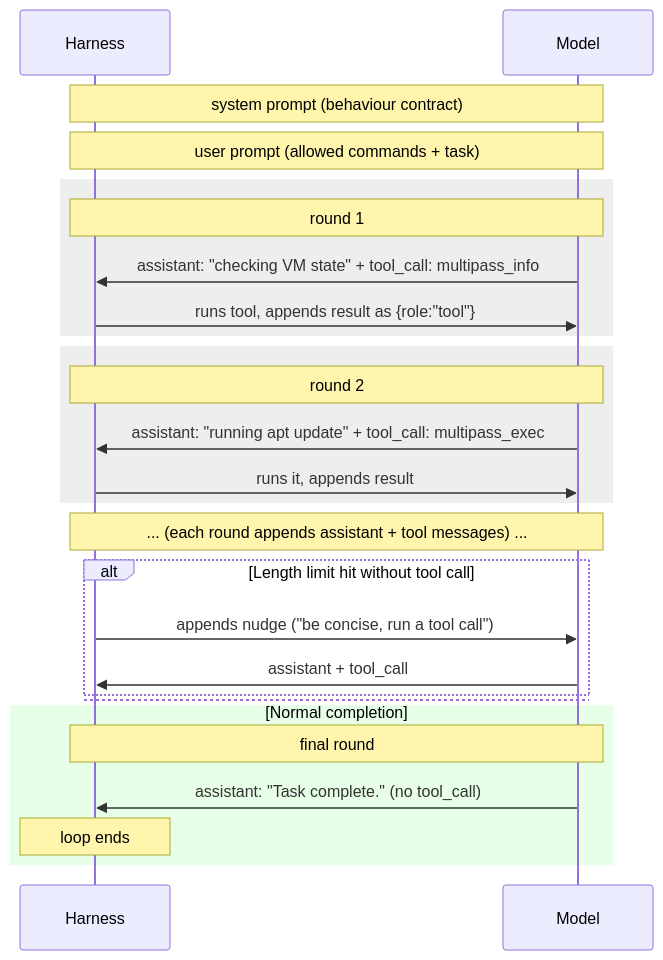
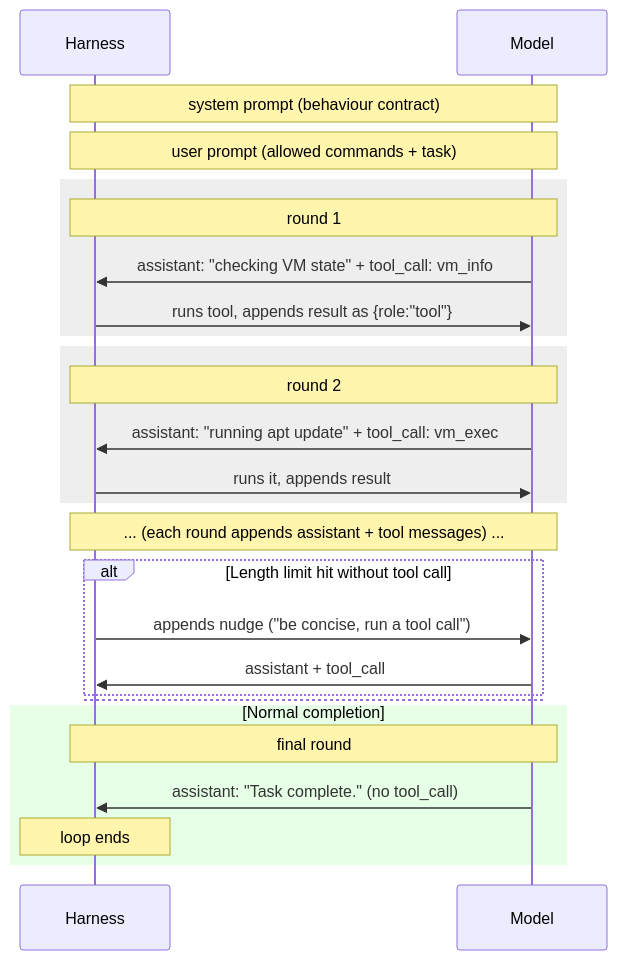
Before and after one commit to trollLemon/MPHarness: the diagram in docs/explaination/tool_calling.md, drawn with Mermaid. The commit also changed other lines of this file and 51 other files, not shown here.

````diff
--- a/docs/explaination/tool_calling.md
+++ b/docs/explaination/tool_calling.md
@@ -49,34 +49,34 @@
 ```mermaid
 sequenceDiagram
     participant Harness
     participant Model
 
     Note over Harness,Model: system prompt (behaviour contract)
     Note over Harness,Model: user prompt (allowed commands + task)
 
     rect rgb(238, 238, 238)
     Note over Harness,Model: round 1
-    Model->>Harness: assistant: "checking VM state" + tool_call: multipass_info
+    Model->>Harness: assistant: "checking VM state" + tool_call: vm_info
     Harness->>Model: runs tool, appends result as {role:"tool"}
     end
 
     rect rgb(238, 238, 238)
     Note over Harness,Model: round 2
-    Model->>Harness: assistant: "running apt update" + tool_call: multipass_exec
+    Model->>Harness: assistant: "running apt update" + tool_call: vm_exec
     Harness->>Model: runs it, appends result
     end
 
     Note over Harness,Model: ... (each round appends assistant + tool messages) ...
 
     alt Length limit hit without tool call
         Harness->>Model: appends nudge ("be concise, run a tool call")
         Model->>Harness: assistant + tool_call
     else Normal completion
     end
 
     rect rgb(230, 255, 230)
     Note over Harness,Model: final round
     Model->>Harness: assistant: "Task complete." (no tool_call)
     Note over Harness: loop ends
     end
 ```
````
